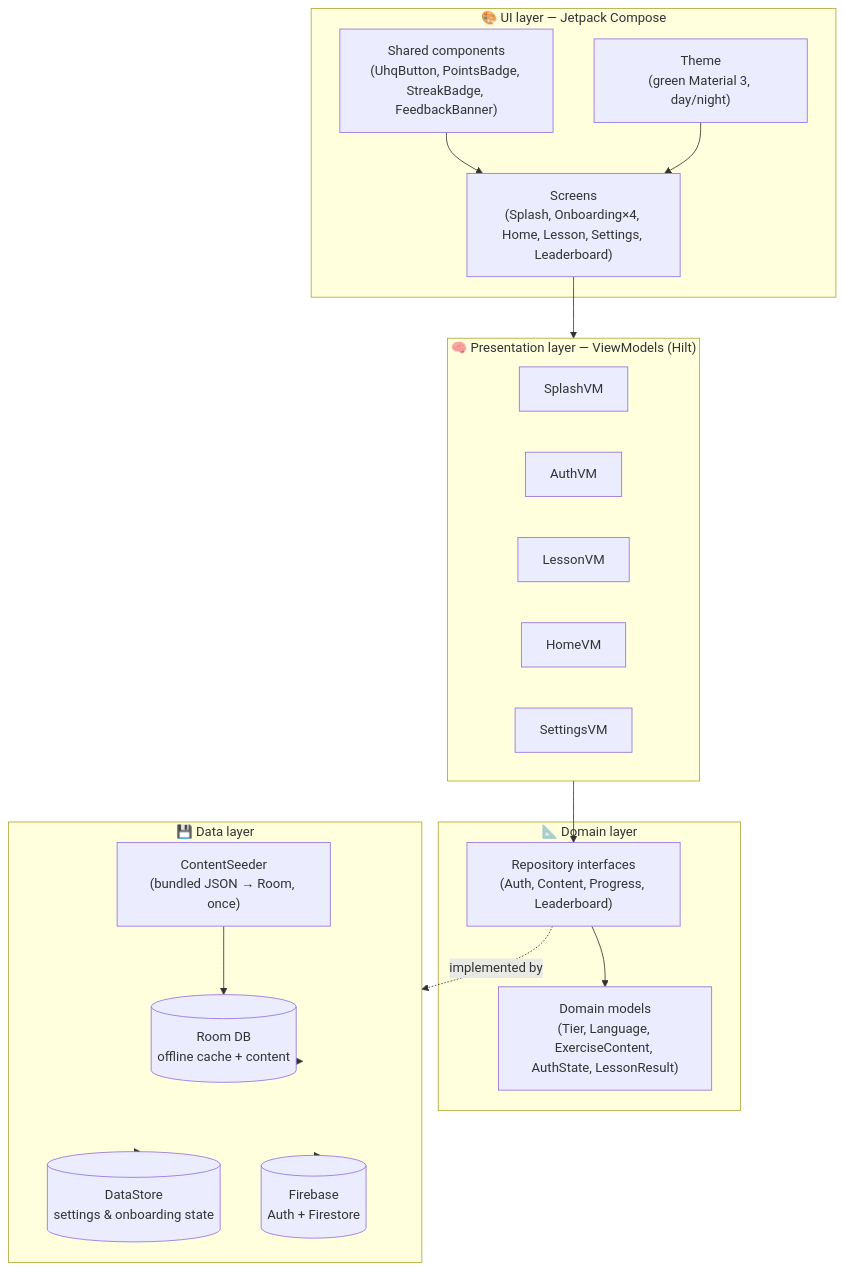
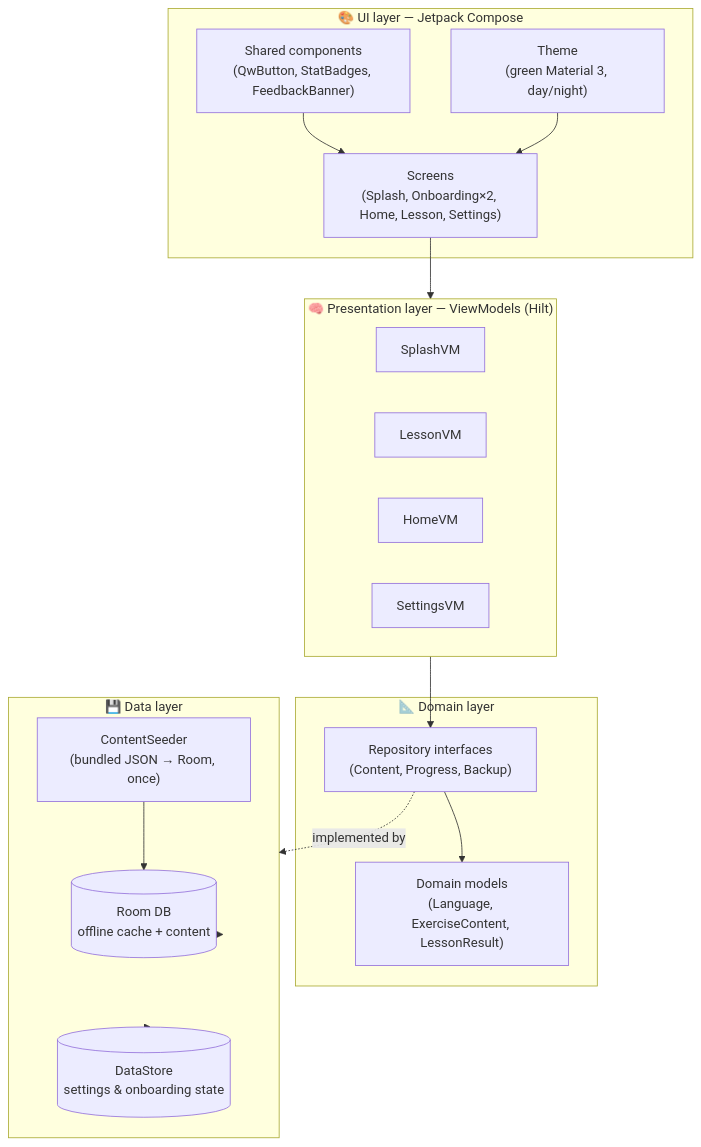
Before and after one commit to deanybytes/QuranicWords: the first of 3 diagrams in docs/ARCHITECTURE.md, drawn with Mermaid. The commit also changed other lines of this file and 44 other files, not shown here.

First line of the commit message:
Rebrand as standalone project; restructure content into chapter/section/lesson tree

````diff
--- a/docs/ARCHITECTURE.md
+++ b/docs/ARCHITECTURE.md
@@ -9,33 +9,32 @@
 ```mermaid
 flowchart TB
     subgraph UI["🎨 UI layer — Jetpack Compose"]
-        Screens["Screens<br/>(Splash, Onboarding×4, Home, Lesson, Settings, Leaderboard)"]
-        Components["Shared components<br/>(UhqButton, PointsBadge, StreakBadge, FeedbackBanner)"]
+        Screens["Screens<br/>(Splash, Onboarding×2, Home, Lesson, Settings)"]
+        Components["Shared components<br/>(QwButton, StatBadges, FeedbackBanner)"]
         Theme["Theme<br/>(green Material 3, day/night)"]
     end
 
     subgraph VM["🧠 Presentation layer — ViewModels (Hilt)"]
-        SplashVM & AuthVM & LessonVM & HomeVM & SettingsVM
+        SplashVM & LessonVM & HomeVM & SettingsVM
     end
 
     subgraph Domain["📐 Domain layer"]
-        Repos["Repository interfaces<br/>(Auth, Content, Progress, Leaderboard)"]
-        Models["Domain models<br/>(Tier, Language, ExerciseContent, AuthState, LessonResult)"]
+        Repos["Repository interfaces<br/>(Content, Progress, Backup)"]
+        Models["Domain models<br/>(Language, ExerciseContent, LessonResult)"]
     end
 
     subgraph Data["💾 Data layer"]
         RoomDB[("Room DB<br/>offline cache + content")]
         DataStore[("DataStore<br/>settings & onboarding state")]
-        Firebase[("Firebase<br/>Auth + Firestore")]
         Seeder["ContentSeeder<br/>(bundled JSON → Room, once)"]
     end
 
     Screens --> VM
     Components --> Screens
     Theme --> Screens
     VM --> Repos
     Repos -.implemented by.-> Data
     Repos --> Models
     Seeder --> RoomDB
-    Data --> RoomDB & DataStore & Firebase
+    Data --> RoomDB & DataStore
 ```
````
